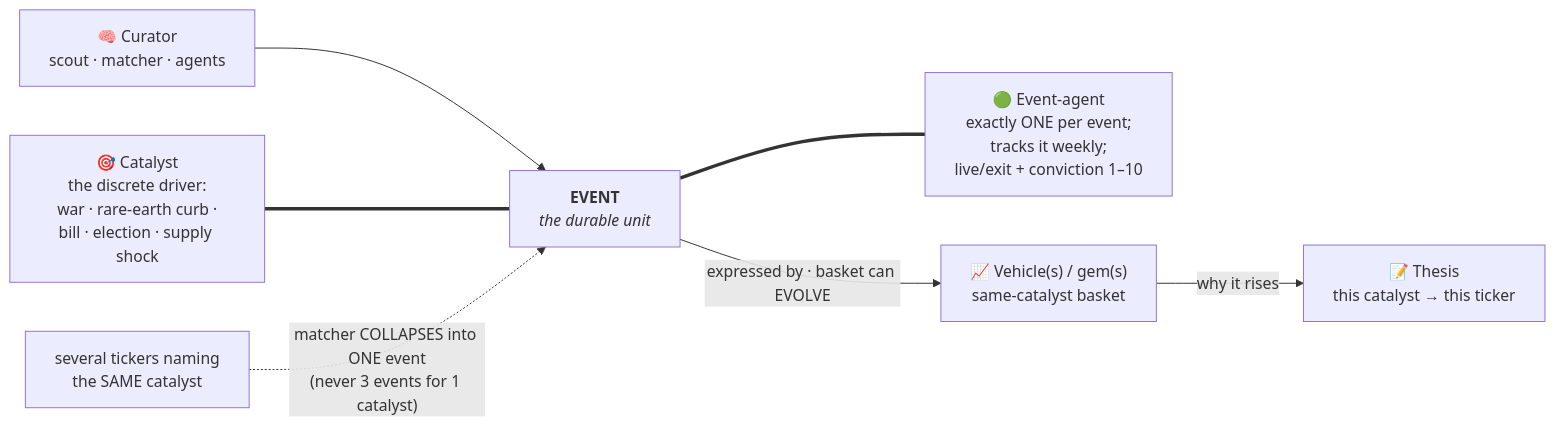
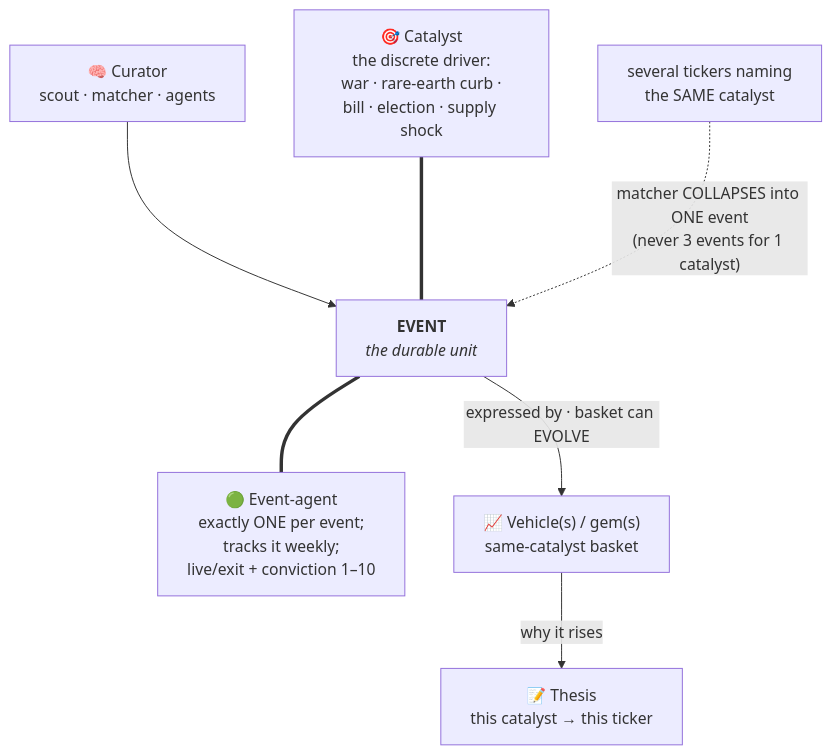
The second of 2 diagrams in README.md (joehahn/geo-herd-rider), drawn with Mermaid before and after one commit.

Commit message:
README 2nd diagram: LR -> TD so GitHub doesn't scale it under its mermaid toolbar
The 'nouns' concept map was 3.9:1 wide, so GitHub shrank it to page width and its fixed-size pan/zoom
toolbar clipped the top-right box. TD makes it ~1:1 (barely scaled), clearing the toolbar -- same reason
the 1st (tall) diagram was fine. Reads top-down now: Curator/Catalyst/Many -> Event -> Agent/Vehicles -> Thesis.

````diff
--- a/README.md
+++ b/README.md
@@ -55,8 +55,8 @@
 ```mermaid
-flowchart LR
+flowchart TD
     CUR["🧠 Curator<br/>scout · matcher · agents"] --> EV
     CAT["🎯 Catalyst<br/>the discrete driver:<br/>war · rare-earth curb ·<br/>bill · election · supply shock"] === EV["<b>EVENT</b><br/><i>the durable unit</i>"] === AGT["🟢 Event-agent<br/>exactly ONE per event;<br/>tracks it weekly;<br/>live/exit + conviction 1–10"]
     EV -- "expressed by · basket can EVOLVE" --> VEH["📈 Vehicle(s) / gem(s)<br/>same-catalyst basket"]
     VEH -- "why it rises" --> THE["📝 Thesis<br/>this catalyst → this ticker"]
     MANY["several tickers naming<br/>the SAME catalyst"] -. "matcher COLLAPSES into ONE event<br/>(never 3 events for 1 catalyst)" .-> EV
 ```
````
